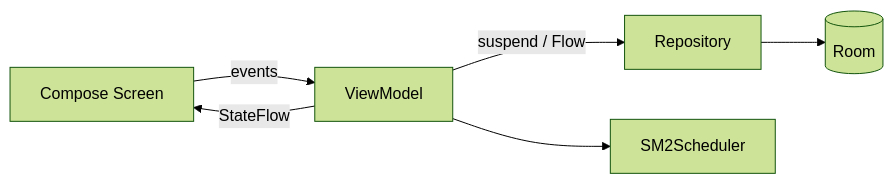
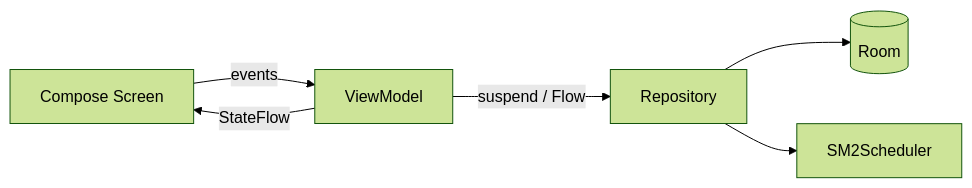
Before and after one commit to patbaumgartner/spaced-repeater-android: the diagram in docs/adr/0001-mvvm-with-repository-pattern.md, drawn with Mermaid (forest theme). The commit also changed other lines of this file and 43 other files, not shown here.

````diff
--- a/docs/adr/0001-mvvm-with-repository-pattern.md
+++ b/docs/adr/0001-mvvm-with-repository-pattern.md
@@ -26,8 +26,8 @@
 ```mermaid
 flowchart LR
     UI[Compose Screen] -->|events| VM[ViewModel]
     VM -->|StateFlow| UI
     VM -->|suspend / Flow| Repo[Repository]
     Repo --> DB[(Room)]
-    VM --> SM2[SM2Scheduler]
+    Repo --> SM2[SM2Scheduler]
 ```
````
